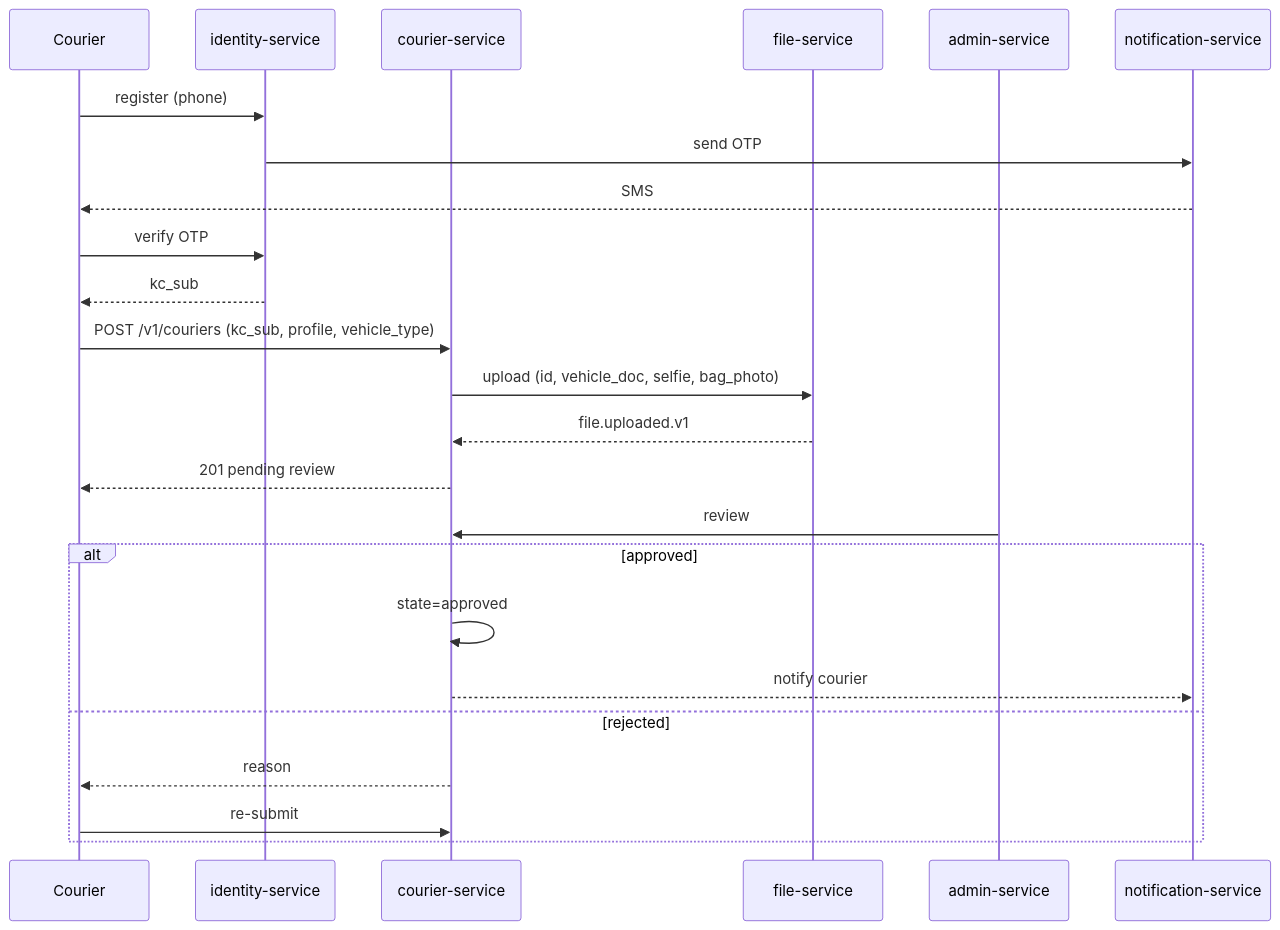
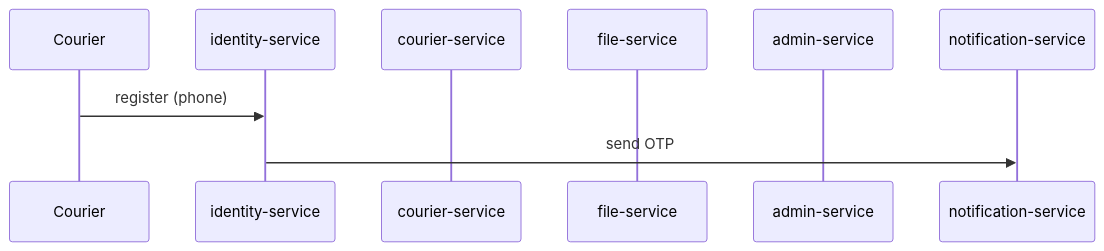
The first of 7 diagrams in docs/workflows/COURIER_WORKFLOWS.md (mohamedhabibwork/trips-enjoy-docs), drawn with Mermaid before and after one commit. The commit also changed other lines of this file and 525 other files, not shown here.

````diff
--- a/docs/workflows/COURIER_WORKFLOWS.md
+++ b/docs/workflows/COURIER_WORKFLOWS.md
@@ -15,27 +17,12 @@
 ```mermaid
 sequenceDiagram
     participant CR as Courier
     participant ID as identity-service
     participant COS as courier-service
     participant FS as file-service
     participant ADM as admin-service
     participant NOT as notification-service
 
     CR->>ID: register (phone)
     ID->>NOT: send OTP
-    NOT-->>CR: SMS
-    CR->>ID: verify OTP
-    ID-->>CR: kc_sub
-    CR->>COS: POST /v1/couriers (kc_sub, profile, vehicle_type)
-    COS->>FS: upload (id, vehicle_doc, selfie, bag_photo)
-    FS-->>COS: file.uploaded.v1
-    COS-->>CR: 201 pending review
-    ADM->>COS: review
-    alt approved
-        COS->>COS: state=approved
-        COS-->>NOT: notify courier
-    else rejected
-        COS-->>CR: reason
-        CR->>COS: re-submit
-    end
 ```
````
